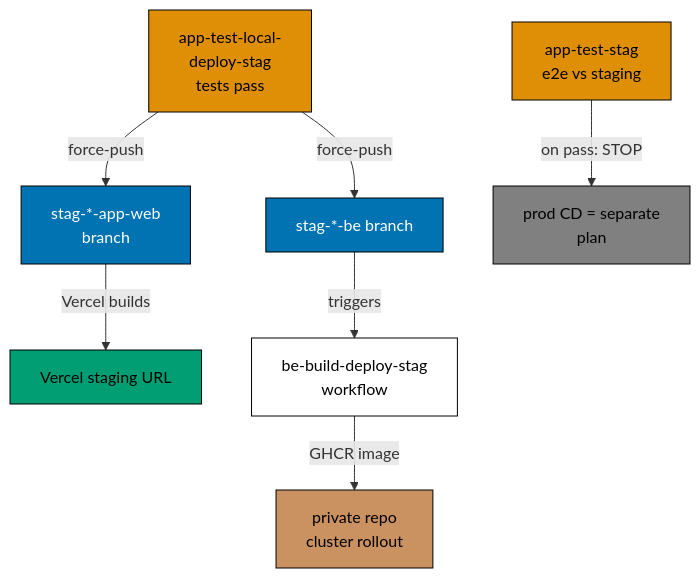
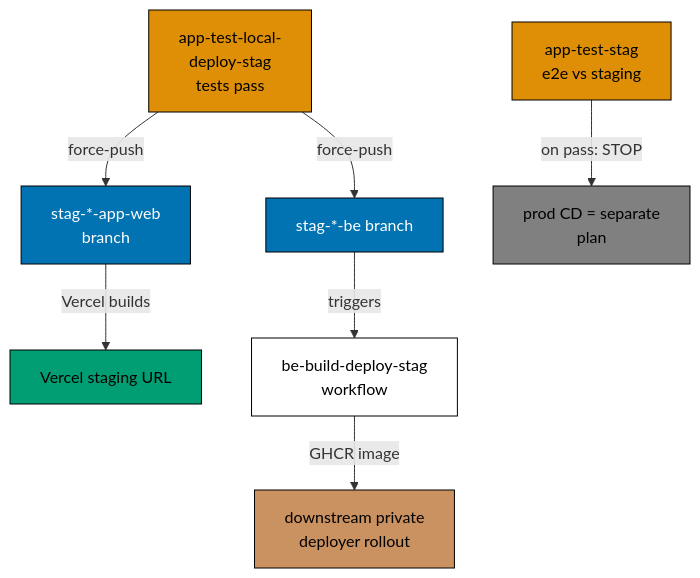
One commit to wahidyankf/ose-public changed the diagram in repo-governance/development/infra/github-actions-workflow-naming/deploy-model-and-examples.md. Above: the diagram before and after it, drawn with Mermaid. The commit also changed other lines of this file and 151 other files, not shown here.

````diff
--- a/repo-governance/development/infra/github-actions-workflow-naming/deploy-model-and-examples.md
+++ b/repo-governance/development/infra/github-actions-workflow-naming/deploy-model-and-examples.md
@@ -13,23 +13,23 @@
 ```mermaid
 flowchart TD
     accTitle: Deploy Model
     accDescr: app-test-local- deploy-stag tests pass leads to stag-*-app-web branch via force-push; app-test-local- deploy-stag tests pass leads to stag-*-be branch via force-push; stag-*-app-web branch leads to Vercel staging URL via Vercel builds; and 3 more links.
     A[app-test-local-<br/>deploy-stag<br/>tests pass] -->|force-push| W[stag-*-app-web<br/>branch]
     A -->|force-push| B[stag-*-be branch]
     W -->|Vercel builds| VS[Vercel staging URL]
     B -->|triggers| BD[be-build-deploy-stag<br/>workflow]
-    BD -->|GHCR image| CP[private repo<br/>cluster rollout]
+    BD -->|GHCR image| CP[downstream private<br/>deployer rollout]
     A2[app-test-stag<br/>e2e vs staging] -->|on pass: STOP| X[prod CD = separate<br/>plan]
 
     classDef orange fill:#DE8F05,stroke:#000000,color:#000000
     classDef blue fill:#0173B2,stroke:#000000,color:#FFFFFF
     classDef teal fill:#029E73,stroke:#000000,color:#000000
     classDef brown fill:#CA9161,stroke:#000000,color:#000000
     classDef gray fill:#808080,stroke:#000000,color:#000000
     class A,A2 orange
     class W,B blue
     class VS teal
     class CP brown
     class X gray
     classDef default fill:#FFFFFF,stroke:#000000,color:#000000
 ```
````
